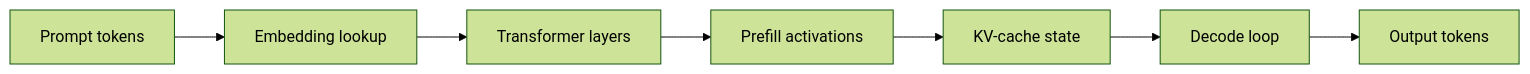
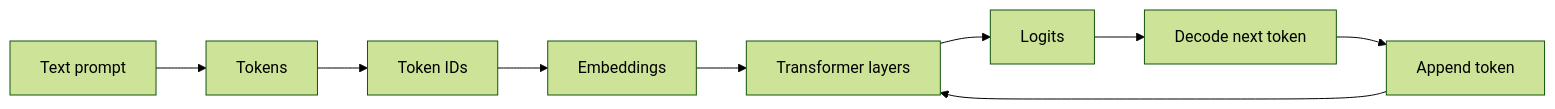
One commit to nawab-ali/mlsys-prep changed the first of 6 diagrams in systems/00_llm_gpu_bridge.md. Above: the diagram before and after it, drawn with Mermaid (forest theme). The commit also changed other lines of this file and 6 other files, not shown here.

````diff
--- a/systems/00_llm_gpu_bridge.md
+++ b/systems/00_llm_gpu_bridge.md
@@ -41,9 +42,11 @@
 ```mermaid
 flowchart LR
-    A[Prompt tokens] --> B[Embedding lookup]
-    B --> C[Transformer layers]
-    C --> D[Prefill activations]
-    D --> E[KV-cache state]
-    E --> F[Decode loop]
-    F --> G[Output tokens]
+    A[Text prompt] --> B[Tokens]
+    B --> C[Token IDs]
+    C --> D[Embeddings]
+    D --> E[Transformer layers]
+    E --> F[Logits]
+    F --> G[Decode next token]
+    G --> H[Append token]
+    H --> E
 ```
````
